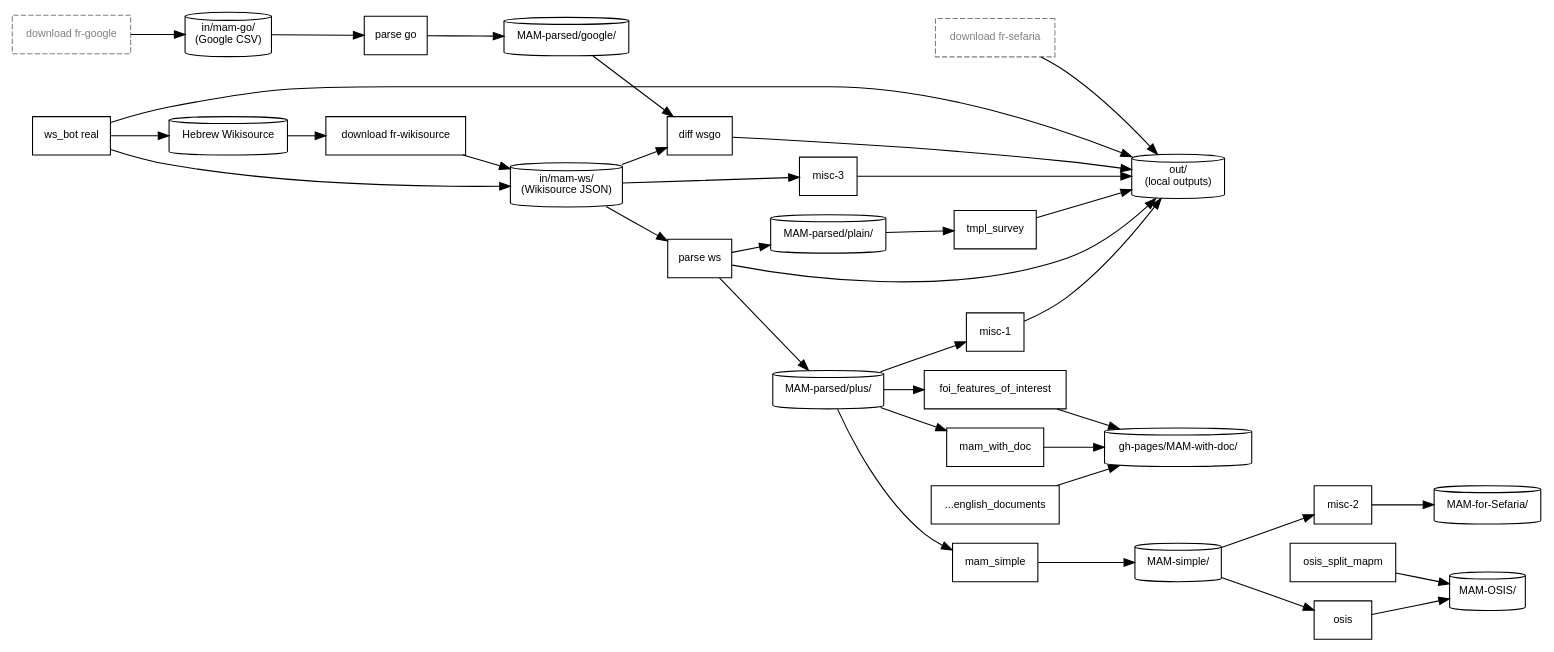
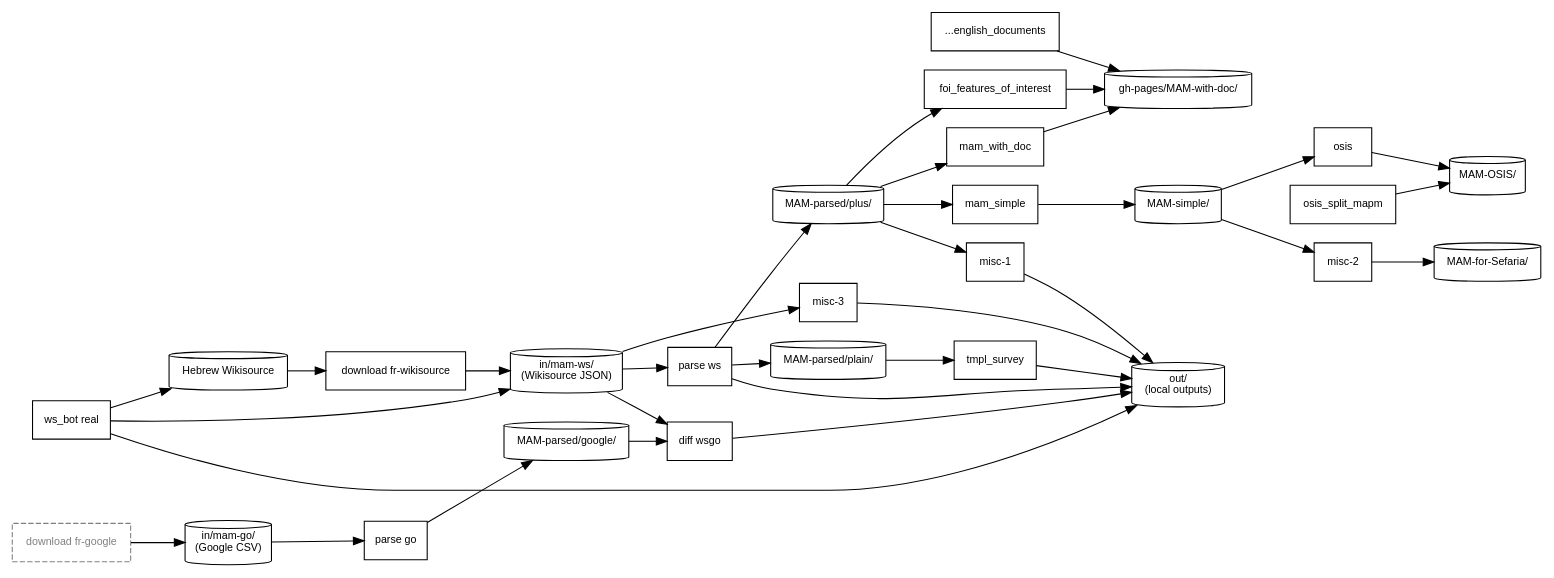
Before and after one commit to bdenckla/MAM-basics: the diagram in doc/process-documentation/pipeline.dot, drawn with Graphviz. The commit also changed 1 other file, not shown here.

Commit message:
Regenerate the pipeline graph on the merged tree
Phase 7b of doc/PLAN-mega-coverage.md, item 4.  The merge of main in
8f5c1c96 took main's side of doc/process-documentation/pipeline.dot and
pipeline.svg, which main had generated from a pipeline spec that still
had py/main_download.py fr-sefaria.  The branch removed that subcommand
and its entries in py/pipeline_graph/pipeline_graph_spec.py in phase 3
of the same plan (985262e2), and the merged spec keeps that removal.  So
the pipeline-graph step, run as the mega runs it, drops exactly the
download_sef node and the "Sefaria download (standalone)" edge section
from pipeline.dot, and re-renders pipeline.svg to match, through the
pinned Graphviz 16.0.0 (20260814.1018).  The step also rewrote
MAM-process.dot.svg, byte-identical.

The merged spec already places parse go and diff wsgo among the pipeline
steps, as main left them, so putting both back into the mega needed no
change to it.

```diff
--- a/doc/process-documentation/pipeline.dot
+++ b/doc/process-documentation/pipeline.dot
@@ -1,97 +1,93 @@
 digraph mam_pipeline {
     // This file was generated by MAM-basics/py/main_pipeline_graph.py.
     // Do not edit by hand; edit py/pipeline_graph/pipeline_graph_spec.py instead.
     graph [comment="This file was generated by MAM-basics/py/main_pipeline_graph.py."];
     // Generated from structured pipeline data.
     rankdir=LR;
     node [fontname="Helvetica", fontsize=10];
     edge [fontname="Helvetica", fontsize=9];
 
     // ── Data stores ──
     node [shape=cylinder];
     ds_go_csv         [label="in/mam-go/\n(Google CSV)"];
     ds_parsed_google  [label="MAM-parsed/google/"];
     ds_parsed_plus    [label="MAM-parsed/plus/"];
     ds_parsed_plain   [label="MAM-parsed/plain/"];
     ds_ws             [label="in/mam-ws/\n(Wikisource JSON)"];
     src_ws_live       [label="Hebrew Wikisource"];
     ds_simple         [label="MAM-simple/"];
     ds_with_doc       [label="gh-pages/MAM-with-doc/"];
     ds_sefaria        [label="MAM-for-Sefaria/"];
     ds_osis           [label="MAM-OSIS/"];
     ds_out            [label="out/\n(local outputs)"];
 
     // ── External prerequisites (not part of _STEPS) ──
     node [shape=box, style=dashed, color=gray, fontcolor=gray];
     download_go       [label="download fr-google"];
-    download_sef      [label="download fr-sefaria"];
     download_ws       [label="download fr-wikisource", style="", color="", fontcolor=""];
 
     // ── Pipeline steps ──
     node [shape=box, style="", color="", fontcolor=""];
     parse_go          [label="parse go"];
     parse_ws          [label="parse ws"];
     foi               [label="foi_features_of_interest"];
     mam_with_doc      [label="mam_with_doc"];
     tmpl_survey       [label="tmpl_survey"];
     mam_simple        [label="mam_simple"];
     misc_2            [label="misc-2"];
     osis              [label="osis"];
     misc_1            [label="misc-1", tooltip="decnreub\nmultimark\nwordlist\nexplicit_xataf\ndiff ctr-vs-mam"];
     diff_wsgo         [label="diff wsgo"];
     misc_3            [label="misc-3"];
     ws_bot            [label="ws_bot real"];
     gen_docs          [label="...english_documents"];
     osis_split        [label="osis_split_mapm"];
 
     // ── Edges ──
 
     // Google pipeline
     download_go      -> ds_go_csv;
     ds_go_csv        -> parse_go;
     parse_go         -> ds_parsed_google;
     ds_parsed_google -> diff_wsgo;
 
     // MAM-parsed consumers
     ds_parsed_plus   -> foi;
     ds_parsed_plus   -> mam_with_doc;
     ds_parsed_plus   -> mam_simple;
     ds_parsed_plus   -> misc_1;
     ds_parsed_plain  -> tmpl_survey;
 
     // MAM-with-doc outputs
     foi              -> ds_with_doc;
     mam_with_doc     -> ds_with_doc;
     gen_docs         -> ds_with_doc;
 
     // MAM-simple pipeline
     mam_simple       -> ds_simple;
     ds_simple        -> misc_2;
     ds_simple        -> osis;
     misc_2           -> ds_sefaria;
     osis             -> ds_osis;
     osis_split       -> ds_osis;
 
     // Local out/ outputs
     tmpl_survey      -> ds_out;
     misc_1           -> ds_out;
     diff_wsgo        -> ds_out;
     parse_ws         -> ds_out;
     misc_3           -> ds_out;
 
     // Wikisource pipeline
     src_ws_live      -> download_ws;
     download_ws      -> ds_ws;
     ds_ws            -> diff_wsgo;
     ds_ws            -> parse_ws;
     parse_ws         -> ds_parsed_plain;
     parse_ws         -> ds_parsed_plus;
     ds_ws            -> misc_3;
     ws_bot           -> src_ws_live;
     ws_bot           -> ds_ws;
     ws_bot           -> ds_out [tooltip="via automatic post-download reparse"];
 
-    // Sefaria download (standalone)
-    download_sef     -> ds_out;
-
 }
```
